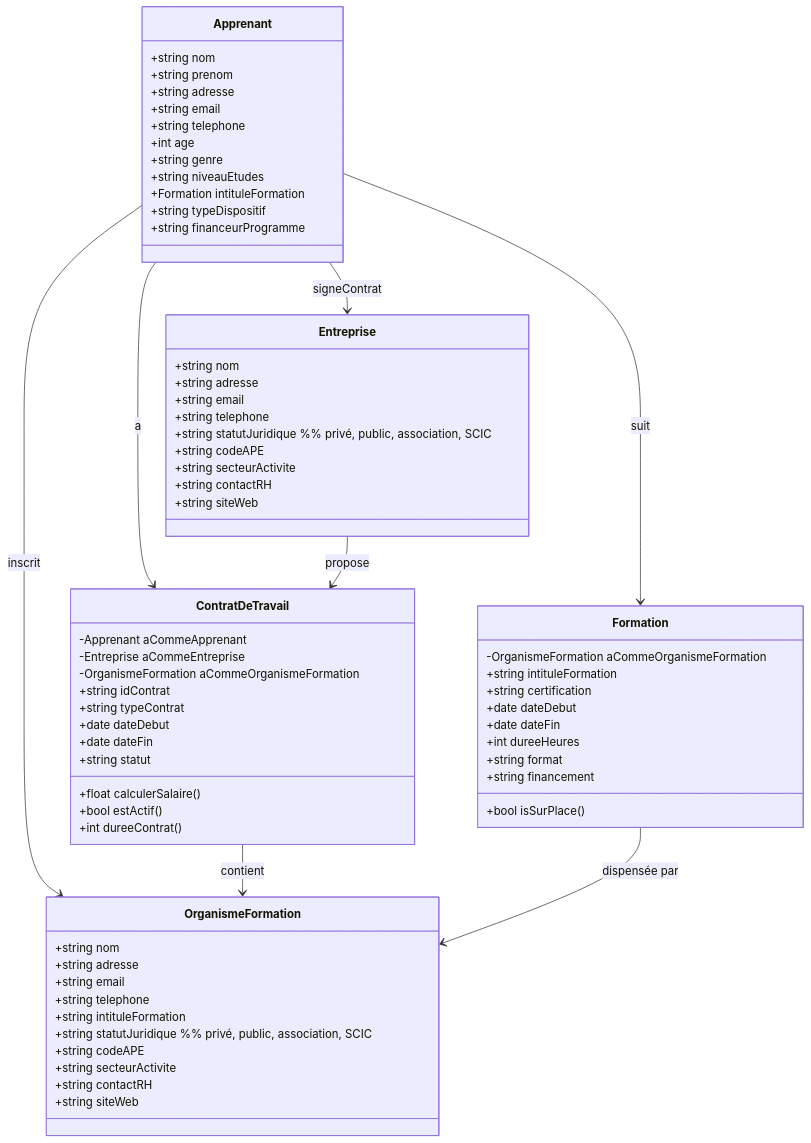
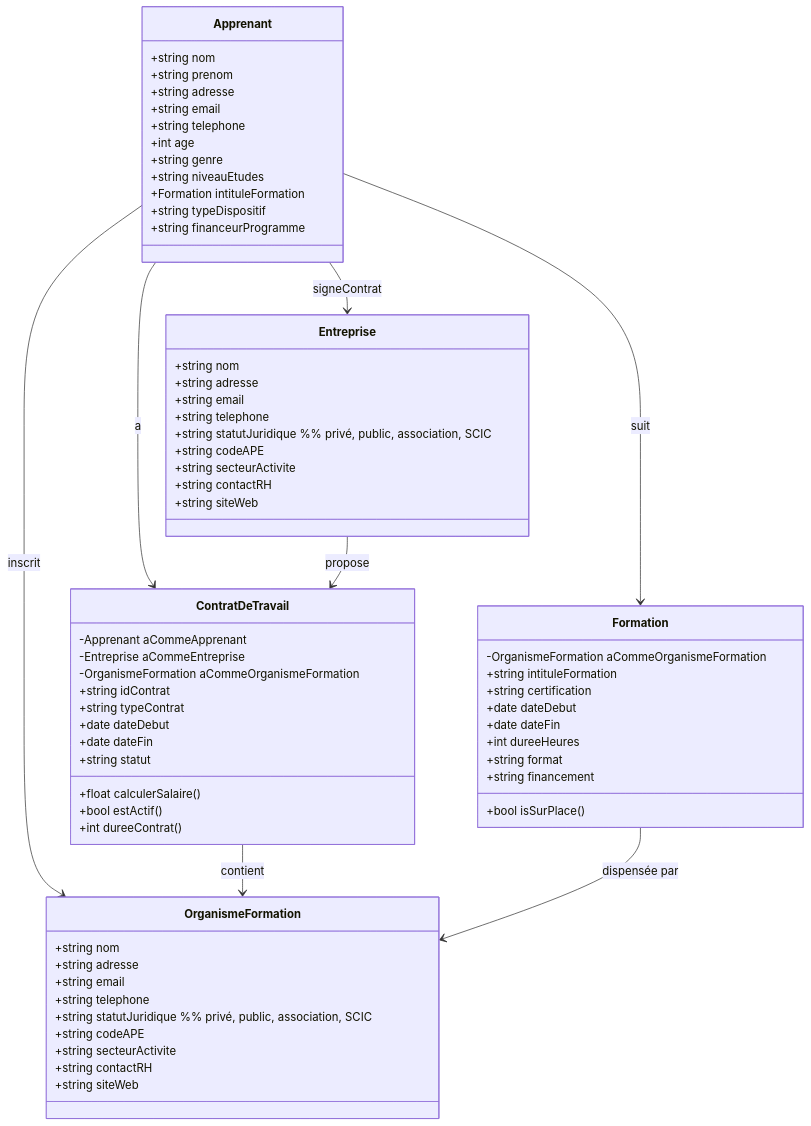
Before and after one commit to bouzidifatimazohra00-ux/inclusion-numerique-93: the diagram in acteurs.md, drawn with Mermaid.

Commit message:
Fix formatting of telephone property in OrganismeFormation

````diff
--- a/acteurs.md
+++ b/acteurs.md
@@ -1,77 +1,76 @@
 ```mermaid
 classDiagram
 class Apprenant {
   +string nom
   +string prenom
   +string adresse
   +string email
   +string telephone
   +int age
   +string genre
   +string niveauEtudes
   +Formation intituleFormation
   +string typeDispositif
   +string financeurProgramme
 }
 
 class OrganismeFormation {
   +string nom
   +string adresse
   +string email
-  +string telephone
-  +string intituleFormation    
+  +string telephone    
   +string statutJuridique        %% privé, public, association, SCIC
   +string codeAPE
   +string secteurActivite
   +string contactRH
   +string siteWeb
 }
 
 class Entreprise {
   +string nom
   +string adresse
   +string email
   +string telephone
   +string statutJuridique        %% privé, public, association, SCIC
   +string codeAPE
   +string secteurActivite
   +string contactRH
   +string siteWeb
 }
 
 class ContratDeTravail {
   -Apprenant aCommeApprenant
   -Entreprise aCommeEntreprise
   -OrganismeFormation aCommeOrganismeFormation
   +string idContrat
   +string typeContrat
   +date dateDebut
   +date dateFin
   +string statut
   +float calculerSalaire()     
   +bool estActif()
   +int dureeContrat()
 }
 
 class Formation {
   -OrganismeFormation aCommeOrganismeFormation
   +string intituleFormation
   +string certification
   +date dateDebut
   +date dateFin
   +int dureeHeures
   +string format
   +string financement
   +bool isSurPlace()
 }
 
 %% Relations simplifiées
 Apprenant --> Formation : suit
 Apprenant --> ContratDeTravail : a
 Apprenant --> Entreprise : signeContrat
 Apprenant --> OrganismeFormation : inscrit
 Entreprise --> ContratDeTravail : propose
 ContratDeTravail --> OrganismeFormation : contient
 Formation --> OrganismeFormation : dispensée par
 
 ```
````
